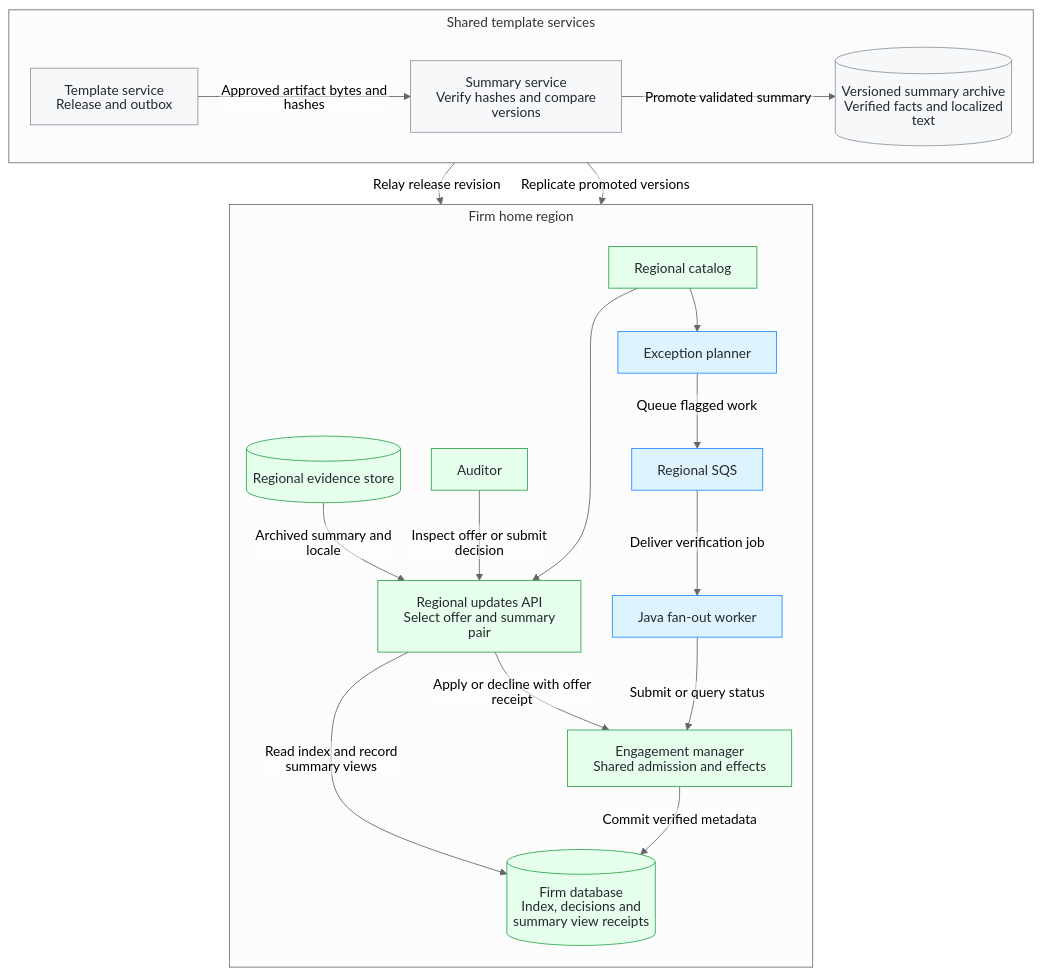
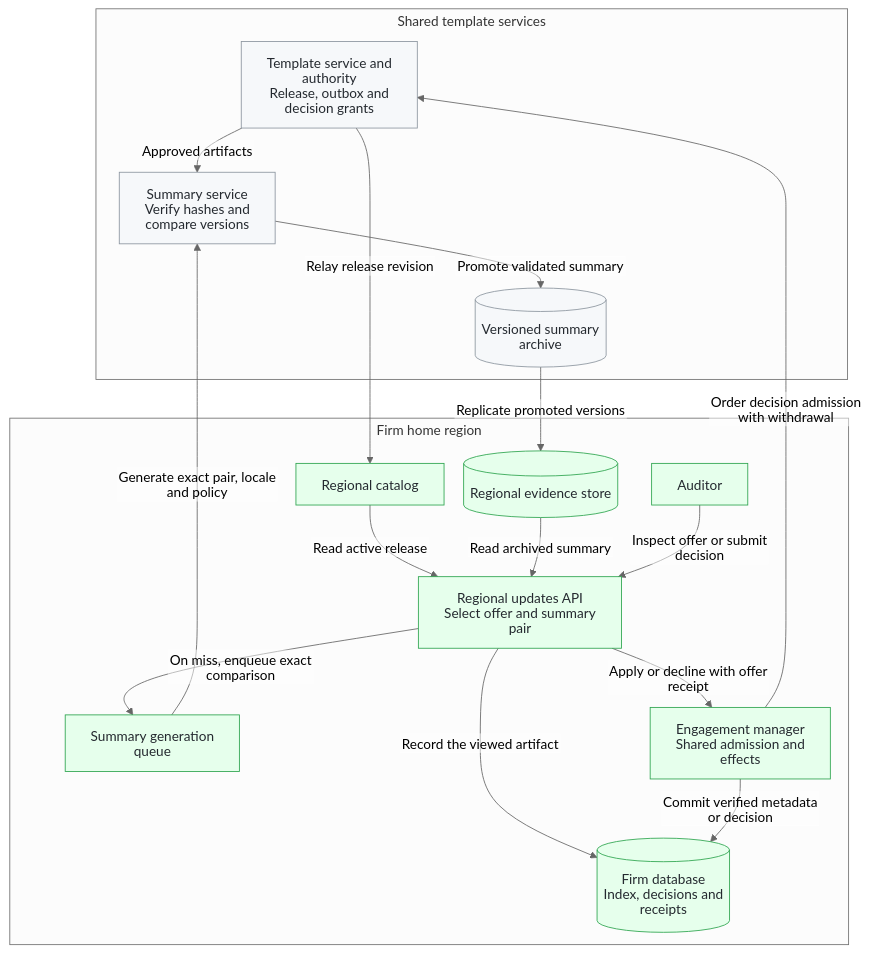
One commit to luisfm44/caseware-template-fanout-worker changed the first of 3 diagrams in docs/system-architecture.md. Above: the diagram before and after it, drawn with Mermaid. The commit also changed other lines of this file and 4 other files, not shown here.

Commit message:
Align regional architecture and dead-letter recovery rules (#53)

````diff
--- a/docs/system-architecture.md
+++ b/docs/system-architecture.md
@@ -7,60 +7,53 @@
 ```mermaid
 ---
 config:
   theme: neutral
   htmlLabels: false
   flowchart:
-    rankSpacing: 26
-    nodeSpacing: 20
-    wrappingWidth: 205
+    rankSpacing: 29
+    nodeSpacing: 23
+    wrappingWidth: 186
     subGraphTitleMargin:
       top: 4
       bottom: 20
 ---
 flowchart TB
-    accTitle: Proposed regional system architecture
-    accDescr: The template service supplies approved artifact bytes and hashes to the summary service, which verifies and compares them before archiving localized summaries. The firm's updates API selects offers from regional release and engagement data. An offer receipt identifies the offer used for an apply or decline decision. A summary view receipt identifies the archived summary version shown. A planner publishes verification jobs to regional SQS. The Java worker reconciles them through the engagement manager, which owns downstream admission and effects.
+    accTitle: Proposed regional offer and summary flow
+    accDescr: The regional updates API serves verified offers. When a summary is missing it enqueues the exact comparison, and the summary service replicates the verified artifact. The engagement manager orders decision admission with withdrawal through the template authority. Unknown or flagged baselines can enter the separate background verification flow.
 
     subgraph SHARED["Shared template services"]
-        direction LR
-        RELEASE["Template service<br/>Release and outbox"]
+        RELEASE["Template service and authority<br/>Release, outbox and decision grants"]
         SUMMARY["Summary service<br/>Verify hashes and compare versions"]
-        ARCHIVE[("Versioned summary archive<br/>Verified facts and localized text")]
-        RELEASE -->|"Approved artifact bytes and hashes"| SUMMARY
+        ARCHIVE[("Versioned summary archive")]
+        RELEASE -->|"Approved artifacts"| SUMMARY
         SUMMARY -->|"Promote validated summary"| ARCHIVE
     end
 
     subgraph REGION["Firm home region"]
-        direction TB
         CATALOG["Regional catalog"]
         EVIDENCE[("Regional evidence store")]
         API["Regional updates API<br/>Select offer and summary pair"]
         AUDITOR["Auditor"]
-        PLANNER["Exception planner"]
-        QUEUE["Regional SQS"]
-        WORKER["Java fan-out worker"]
+        SUMMARY_JOBS["Summary generation queue"]
+        FIRM[("Firm database<br/>Index, decisions and receipts")]
         MANAGER["Engagement manager<br/>Shared admission and effects"]
-        FIRM[("Firm database<br/>Index, decisions and summary view receipts")]
 
-        CATALOG --> API
-        EVIDENCE -->|"Archived summary and locale"| API
+        CATALOG -->|"Read active release"| API
+        EVIDENCE -->|"Read archived summary"| API
         AUDITOR -->|"Inspect offer or submit decision"| API
-        API -->|"Read index and record summary views"| FIRM
-        CATALOG --> PLANNER
-        PLANNER -->|"Queue flagged work"| QUEUE
-        QUEUE -->|"Deliver verification job"| WORKER
-        WORKER -->|"Submit or query status"| MANAGER
+        API -->|"Record the viewed artifact"| FIRM
+        API -->|"On miss, enqueue exact comparison"| SUMMARY_JOBS
         API -->|"Apply or decline with offer receipt"| MANAGER
-        MANAGER -->|"Commit verified metadata"| FIRM
+        MANAGER -->|"Commit verified metadata or decision"| FIRM
     end
 
     RELEASE -->|"Relay release revision"| CATALOG
+    MANAGER -->|"Order decision admission with withdrawal"| RELEASE
+    SUMMARY_JOBS -->|"Generate exact pair, locale and policy"| SUMMARY
     ARCHIVE -->|"Replicate promoted versions"| EVIDENCE
 
     classDef shared fill:#f6f8fa,stroke:#8c959f,color:#24292f
     classDef regional fill:#e6ffec,stroke:#2da44e,color:#24292f
-    classDef background fill:#ddf4ff,stroke:#218bff,color:#24292f
     class RELEASE,SUMMARY,ARCHIVE shared
-    class CATALOG,EVIDENCE,API,AUDITOR,MANAGER,FIRM regional
-    class PLANNER,QUEUE,WORKER background
+    class CATALOG,EVIDENCE,API,AUDITOR,SUMMARY_JOBS,MANAGER,FIRM regional
 ```
````
